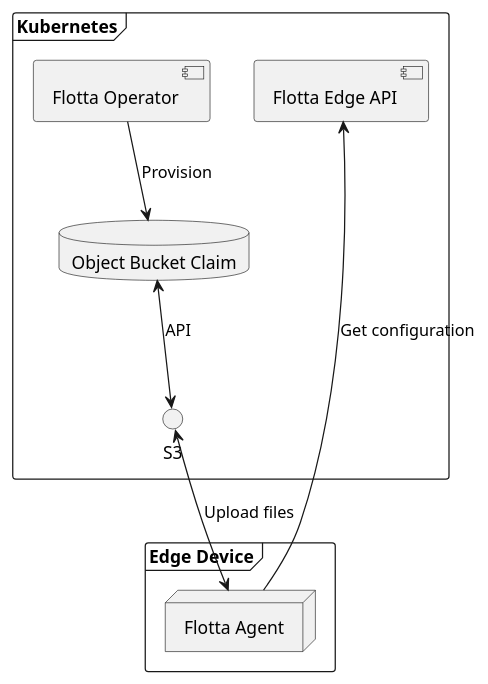
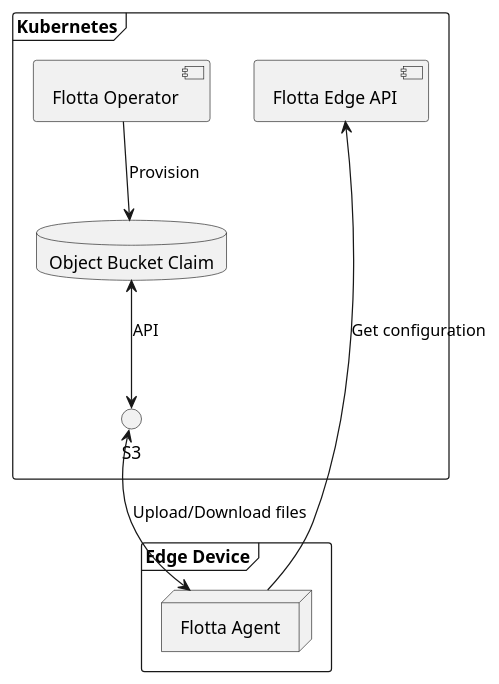
One commit to project-flotta/project-flotta.github.io changed the diagram in documentation/latest/diagrams/data-synchronization.puml. Above: the diagram before and after it, drawn with PlantUML. The commit also changed 2 other files, not shown here.

```diff
--- a/documentation/latest/diagrams/data-synchronization.puml
+++ b/documentation/latest/diagrams/data-synchronization.puml
@@ -1,20 +1,20 @@
 @startuml
 
 frame Kubernetes {
     component "Flotta Operator" as operator
     component "Flotta Edge API" as edgeAPI
     database "Object Bucket Claim" as buckets
     interface S3
 }
 
 frame "Edge Device" {
     node "Flotta Agent" as deviceAgent
 }
 
 buckets <--> S3: API
-deviceAgent <--> S3: Upload files
+deviceAgent <--> S3: Upload/Download files
 deviceAgent -up---> edgeAPI : Get configuration
 
 operator --> buckets: Provision
 
 @enduml
```
